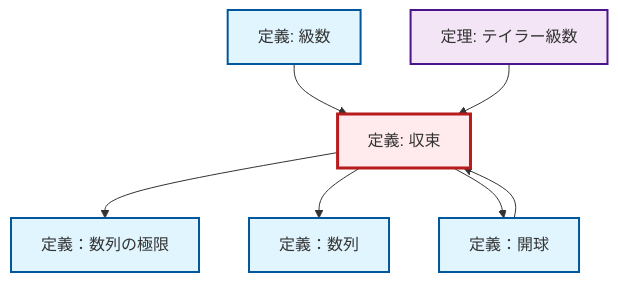
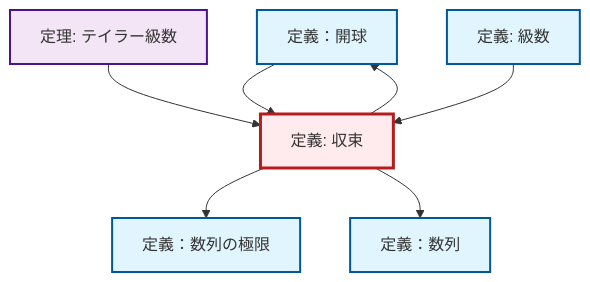
One commit to RK0429/ModernMath changed the diagram in content/ja/analysis/def-convergence.qmd. Above: the diagram before and after it, drawn with Mermaid. The commit also changed other lines of this file and 328 other files, not shown here.

````diff
--- a/content/ja/analysis/def-convergence.qmd
+++ b/content/ja/analysis/def-convergence.qmd
@@ -83,27 +83,27 @@
 ```{mermaid}
 %%| fig-cap: "ローカル依存関係グラフ"
 graph TD
     classDef definition fill:#e1f5fe,stroke:#01579b,stroke-width:2px
     classDef theorem fill:#f3e5f5,stroke:#4a148c,stroke-width:2px
     classDef axiom fill:#fff3e0,stroke:#e65100,stroke-width:2px
     classDef example fill:#e8f5e9,stroke:#1b5e20,stroke-width:2px
     classDef current fill:#ffebee,stroke:#b71c1c,stroke-width:3px
+    def-open-ball["定義：開球"]:::definition
     def-limit["定義：数列の極限"]:::definition
+    def-sequence["定義：数列"]:::definition
     def-convergence["定義: 収束"]:::definition
-    def-open-ball["定義：開球"]:::definition
     def-series["定義: 級数"]:::definition
-    def-sequence["定義：数列"]:::definition
     thm-taylor-series["定理: テイラー級数"]:::theorem
     def-convergence --> def-limit
-    def-series --> def-convergence
+    def-open-ball --> def-convergence
+    thm-taylor-series --> def-convergence
     def-convergence --> def-sequence
     def-convergence --> def-open-ball
-    thm-taylor-series --> def-convergence
-    def-open-ball --> def-convergence
+    def-series --> def-convergence
     class def-convergence current
+    click def-open-ball "def-open-ball.html" "定義：開球へ"
     click def-limit "def-limit.html" "定義：数列の極限へ"
-    click def-open-ball "def-open-ball.html" "定義：開球へ"
+    click def-sequence "def-sequence.html" "定義：数列へ"
     click def-series "def-series.html" "級数の定義へ"
-    click def-sequence "def-sequence.html" "定義：数列へ"
     click thm-taylor-series "thm-taylor-series.html" "テイラー級数の定理へ"
 ```
````
